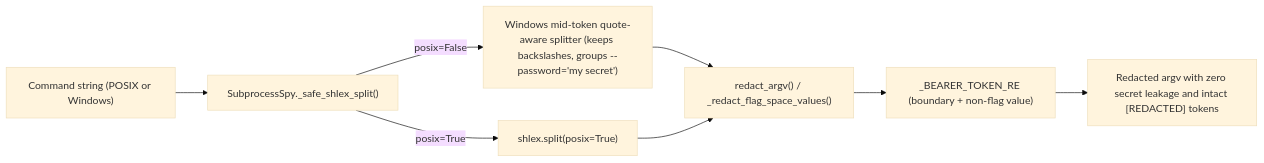
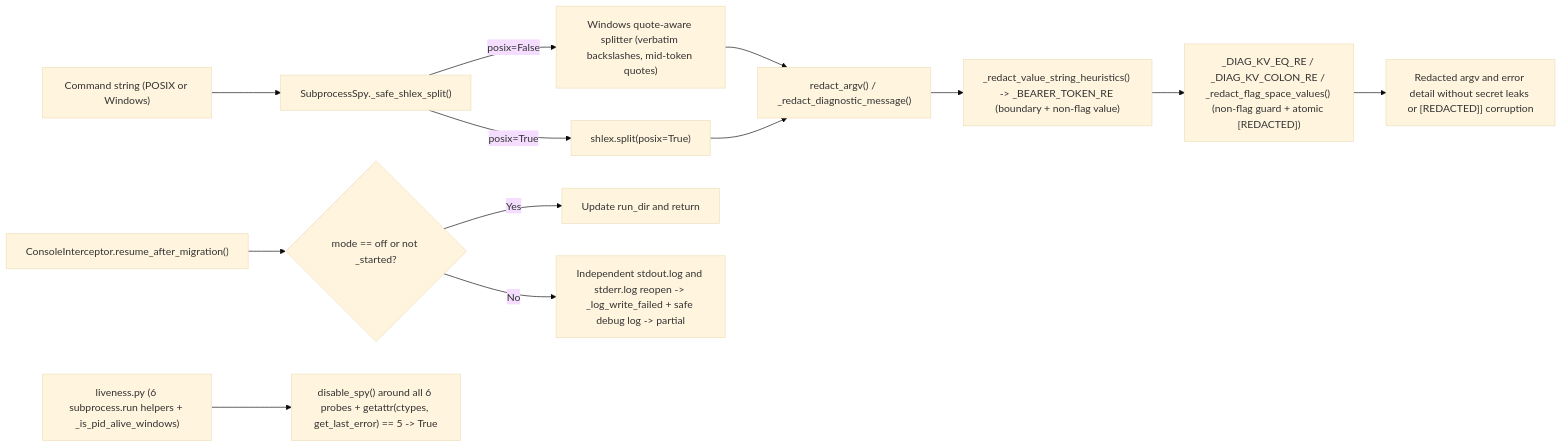
Before and after one commit to fariello/pubrun: the diagram in .aw/records/plans/pending/20261127-assess-bt-02-ndobra-redaction-security-windows-subprocess-splitting-console-resu.ipd.md, drawn with Mermaid (base theme). The commit also changed other lines of this file and 1 other file, not shown here.

````diff
--- a/.aw/records/plans/pending/20261127-assess-bt-02-ndobra-redaction-security-windows-subprocess-splitting-console-resu.ipd.md
+++ b/.aw/records/plans/pending/20261127-assess-bt-02-ndobra-redaction-security-windows-subprocess-splitting-console-resu.ipd.md
@@ -32,10 +35,17 @@
 ```mermaid
 flowchart LR
     CMD["Command string (POSIX or Windows)"] --> SPLIT["SubprocessSpy._safe_shlex_split()"]
-    SPLIT -->|"posix=False"| WIN["Windows mid-token quote-aware splitter (keeps backslashes, groups --password='my secret')"]
+    SPLIT -->|"posix=False"| WIN["Windows quote-aware splitter (verbatim backslashes, mid-token quotes)"]
     SPLIT -->|"posix=True"| POSIX["shlex.split(posix=True)"]
-    WIN --> REDACT["redact_argv() / _redact_flag_space_values()"]
+    WIN --> REDACT["redact_argv() / _redact_diagnostic_message()"]
     POSIX --> REDACT
-    REDACT --> BEARER["_BEARER_TOKEN_RE (boundary + non-flag value)"]
-    BEARER --> SAFE["Redacted argv with zero secret leakage and intact [REDACTED] tokens"]
+    REDACT --> HEUR["_redact_value_string_heuristics() -> _BEARER_TOKEN_RE (boundary + non-flag value)"]
+    HEUR --> KV["_DIAG_KV_EQ_RE / _DIAG_KV_COLON_RE / _redact_flag_space_values() (non-flag guard + atomic [REDACTED])"]
+    KV --> SAFE["Redacted argv and error detail without secret leaks or [REDACTED]] corruption"]
+
+    MIG["ConsoleInterceptor.resume_after_migration()"] --> GUARD{"mode == off or not _started?"}
+    GUARD -->|"Yes"| NOOP["Update run_dir and return"]
+    GUARD -->|"No"| REOPEN["Independent stdout.log and stderr.log reopen -> _log_write_failed + safe debug log -> partial"]
+
+    LIVE["liveness.py (6 subprocess.run helpers + _is_pid_alive_windows)"] --> PARITY["disable_spy() around all 6 probes + getattr(ctypes, get_last_error) == 5 -> True"]
 ```
````
